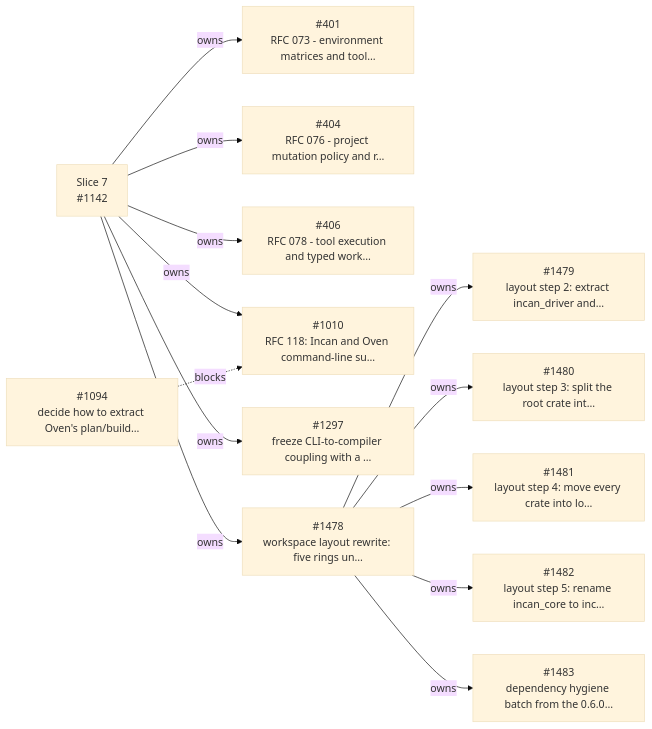
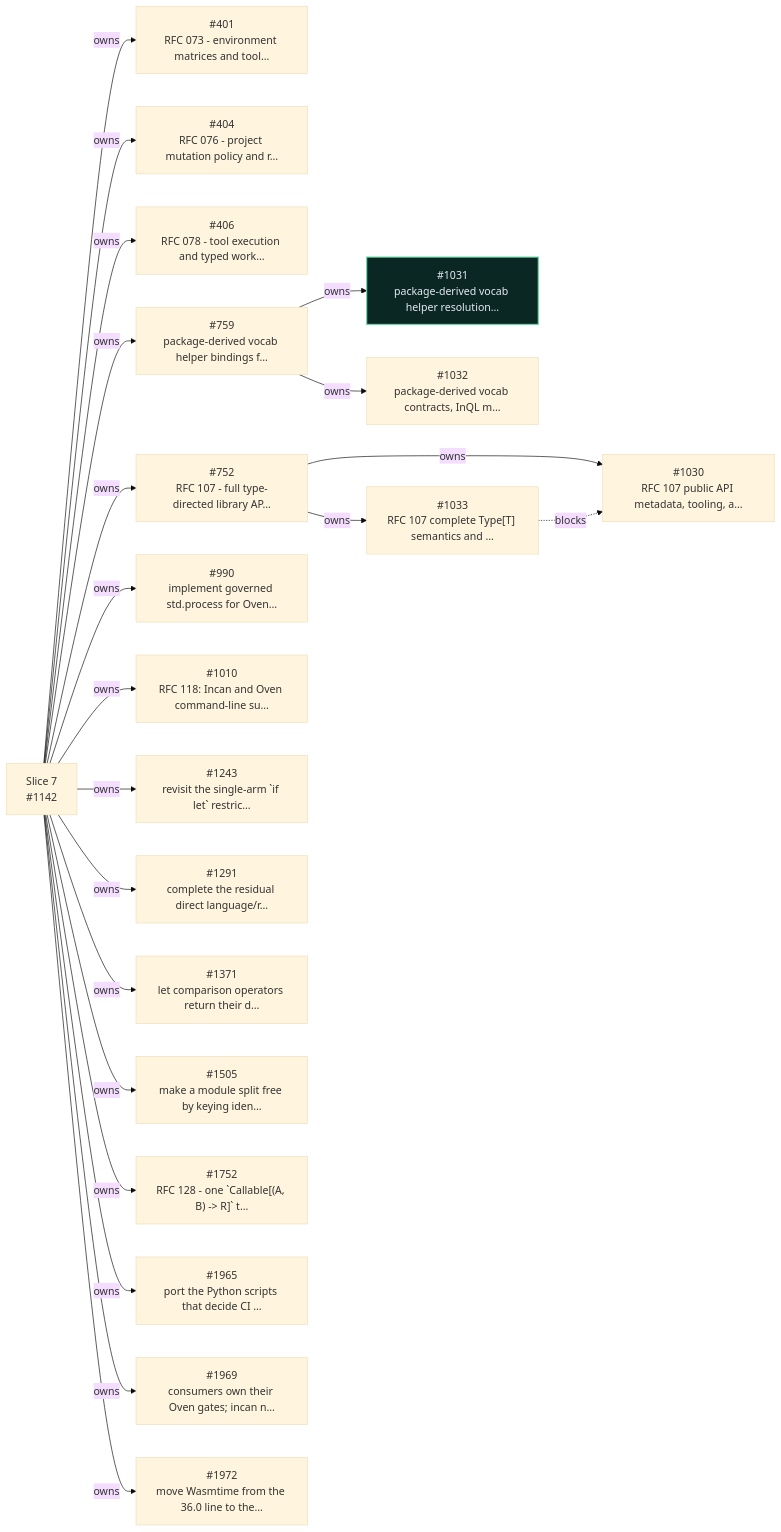
One commit to encero-systems/incan changed the seventh of 12 diagrams in workspaces/docs-site/docs/_snippets/project/v0_6_roadmap.md. Above: the diagram before and after it, drawn with Mermaid (base theme). The commit also changed other lines of this file, not shown here.

Commit message:
docs - 1561 refresh the v0.6 roadmap snapshot at the Slice 6 close-out

````diff
--- a/workspaces/docs-site/docs/_snippets/project/v0_6_roadmap.md
+++ b/workspaces/docs-site/docs/_snippets/project/v0_6_roadmap.md
@@ -464,41 +732,65 @@
 ```mermaid
 flowchart LR
   i401["#401<br/>RFC 073 - environment matrices and tool…"]
   i404["#404<br/>RFC 076 - project mutation policy and r…"]
   i406["#406<br/>RFC 078 - tool execution and typed work…"]
+  i752["#752<br/>RFC 107 - full type-directed library AP…"]
+  i759["#759<br/>package-derived vocab helper bindings f…"]
+  i990["#990<br/>implement governed std.process for Oven…"]
   i1010["#1010<br/>RFC 118: Incan and Oven command-line su…"]
-  i1094["#1094<br/>decide how to extract Oven's plan/build…"]
+  i1030["#1030<br/>RFC 107 public API metadata, tooling, a…"]
+  i1031["#1031<br/>package-derived vocab helper resolution…"]
+  i1032["#1032<br/>package-derived vocab contracts, InQL m…"]
+  i1033["#1033<br/>RFC 107 complete Type[T] semantics and …"]
   s1142["Slice 7<br/>#1142"]
-  i1297["#1297<br/>freeze CLI-to-compiler coupling with a …"]
-  i1478["#1478<br/>workspace layout rewrite: five rings un…"]
-  i1479["#1479<br/>layout step 2: extract incan_driver and…"]
-  i1480["#1480<br/>layout step 3: split the root crate int…"]
-  i1481["#1481<br/>layout step 4: move every crate into lo…"]
-  i1482["#1482<br/>layout step 5: rename incan_core to inc…"]
-  i1483["#1483<br/>dependency hygiene batch from the 0.6.0…"]
+  i1243["#1243<br/>revisit the single-arm `if let` restric…"]
+  i1291["#1291<br/>complete the residual direct language/r…"]
+  i1371["#1371<br/>let comparison operators return their d…"]
+  i1505["#1505<br/>make a module split free by keying iden…"]
+  i1752["#1752<br/>RFC 128 - one `Callable[(A, B) -> R]` t…"]
+  i1965["#1965<br/>port the Python scripts that decide CI …"]
+  i1969["#1969<br/>consumers own their Oven gates; incan n…"]
+  i1972["#1972<br/>move Wasmtime from the 36.0 line to the…"]
   s1142 -- owns --> i401
   s1142 -- owns --> i404
   s1142 -- owns --> i406
+  s1142 -- owns --> i752
+  s1142 -- owns --> i759
+  s1142 -- owns --> i990
   s1142 -- owns --> i1010
-  s1142 -- owns --> i1297
-  s1142 -- owns --> i1478
-  i1478 -- owns --> i1479
-  i1478 -- owns --> i1480
-  i1478 -- owns --> i1481
-  i1478 -- owns --> i1482
-  i1478 -- owns --> i1483
-  i1094 -. blocks .-> i1010
+  i752 -- owns --> i1030
+  i759 -- owns --> i1031
+  i759 -- owns --> i1032
+  i752 -- owns --> i1033
+  s1142 -- owns --> i1243
+  s1142 -- owns --> i1291
+  s1142 -- owns --> i1371
+  s1142 -- owns --> i1505
+  s1142 -- owns --> i1752
+  s1142 -- owns --> i1965
+  s1142 -- owns --> i1969
+  s1142 -- owns --> i1972
+  i1033 -. blocks .-> i1030
+  classDef incv06complete fill:#0b2724,stroke:#66d9a3,color:#e4ebf2,stroke-width:1.7px
+  class i1031 incv06complete
   click i401 href "https://github.com/encero-systems/incan/issues/401" "Open #401 on GitHub"
   click i404 href "https://github.com/encero-systems/incan/issues/404" "Open #404 on GitHub"
   click i406 href "https://github.com/encero-systems/incan/issues/406" "Open #406 on GitHub"
+  click i752 href "https://github.com/encero-systems/incan/issues/752" "Open #752 on GitHub"
+  click i759 href "https://github.com/encero-systems/incan/issues/759" "Open #759 on GitHub"
+  click i990 href "https://github.com/encero-systems/incan/issues/990" "Open #990 on GitHub"
   click i1010 href "https://github.com/encero-systems/incan/issues/1010" "Open #1010 on GitHub"
-  click i1094 href "https://github.com/encero-systems/incan/issues/1094" "Open #1094 on GitHub"
+  click i1030 href "https://github.com/encero-systems/incan/issues/1030" "Open #1030 on GitHub"
+  click i1031 href "https://github.com/encero-systems/incan/issues/1031" "Open #1031 on GitHub"
+  click i1032 href "https://github.com/encero-systems/incan/issues/1032" "Open #1032 on GitHub"
+  click i1033 href "https://github.com/encero-systems/incan/issues/1033" "Open #1033 on GitHub"
   click s1142 href "https://github.com/encero-systems/incan/issues/1142" "Open #1142 on GitHub"
-  click i1297 href "https://github.com/encero-systems/incan/issues/1297" "Open #1297 on GitHub"
-  click i1478 href "https://github.com/encero-systems/incan/issues/1478" "Open #1478 on GitHub"
-  click i1479 href "https://github.com/encero-systems/incan/issues/1479" "Open #1479 on GitHub"
-  click i1480 href "https://github.com/encero-systems/incan/issues/1480" "Open #1480 on GitHub"
-  click i1481 href "https://github.com/encero-systems/incan/issues/1481" "Open #1481 on GitHub"
-  click i1482 href "https://github.com/encero-systems/incan/issues/1482" "Open #1482 on GitHub"
-  click i1483 href "https://github.com/encero-systems/incan/issues/1483" "Open #1483 on GitHub"
+  click i1243 href "https://github.com/encero-systems/incan/issues/1243" "Open #1243 on GitHub"
+  click i1291 href "https://github.com/encero-systems/incan/issues/1291" "Open #1291 on GitHub"
+  click i1371 href "https://github.com/encero-systems/incan/issues/1371" "Open #1371 on GitHub"
+  click i1505 href "https://github.com/encero-systems/incan/issues/1505" "Open #1505 on GitHub"
+  click i1752 href "https://github.com/encero-systems/incan/issues/1752" "Open #1752 on GitHub"
+  click i1965 href "https://github.com/encero-systems/incan/issues/1965" "Open #1965 on GitHub"
+  click i1969 href "https://github.com/encero-systems/incan/issues/1969" "Open #1969 on GitHub"
+  click i1972 href "https://github.com/encero-systems/incan/issues/1972" "Open #1972 on GitHub"
 ```
````
